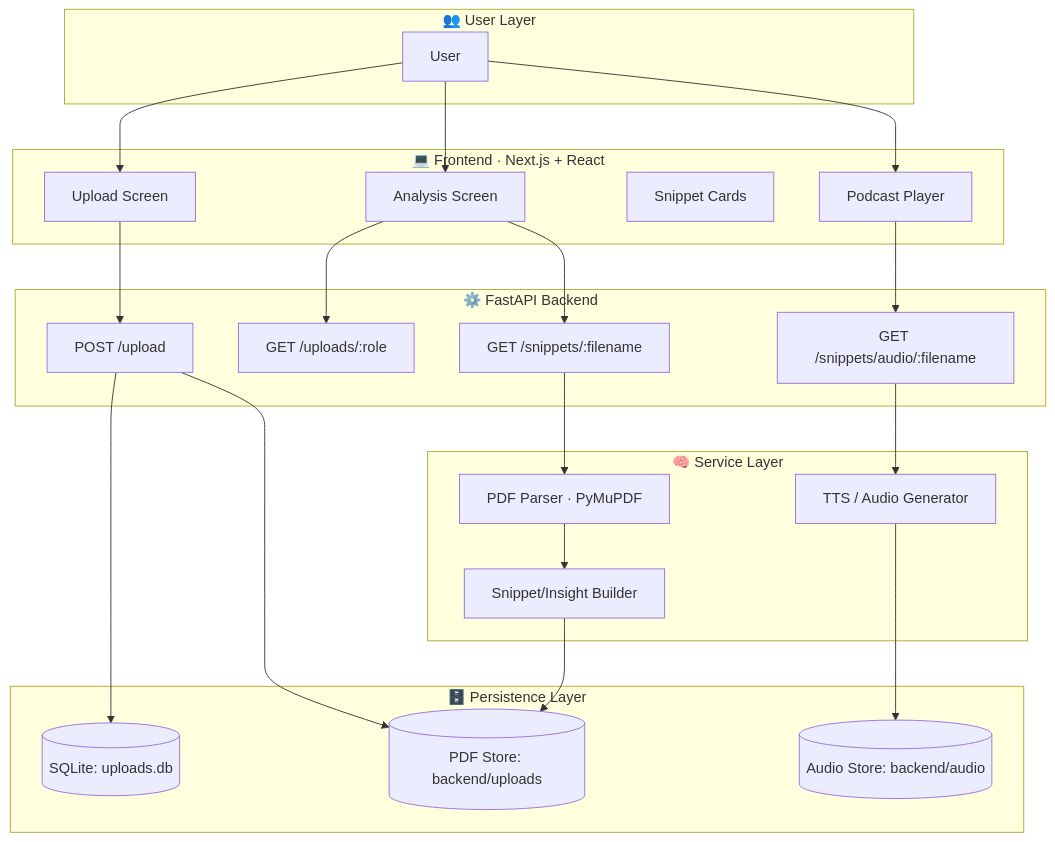
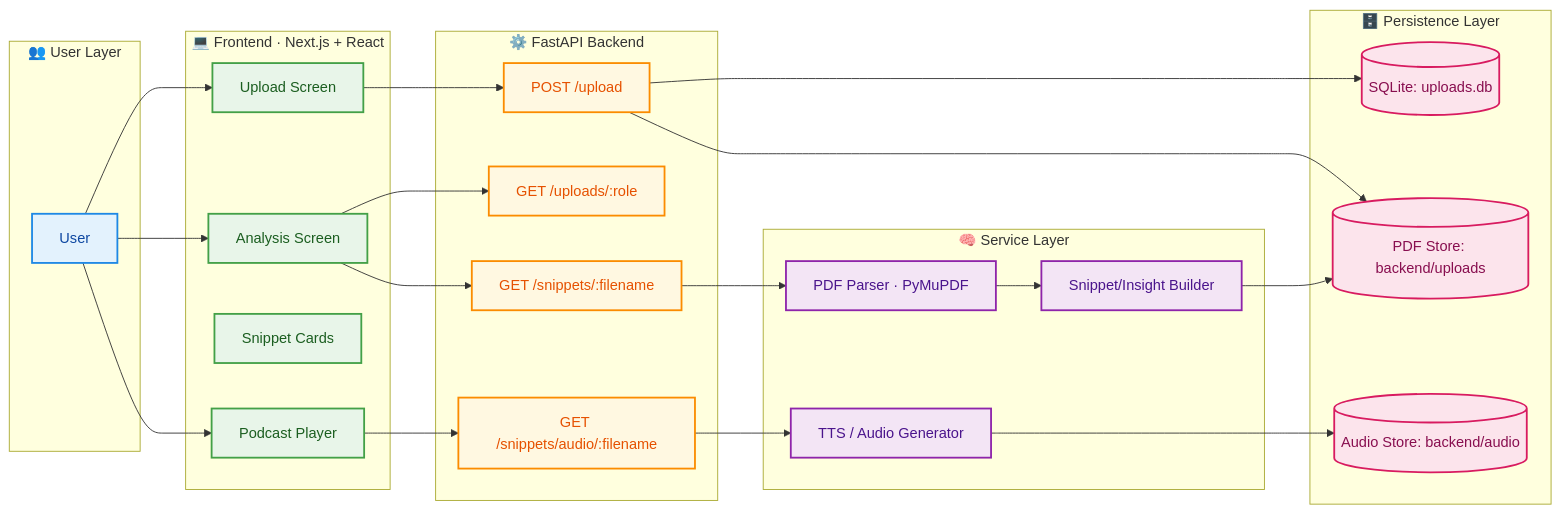
Before and after one commit to Ankitarai27/Adobe-Hackathon-2025: the second of 5 diagrams in README.md, drawn with Mermaid. The commit also changed other lines of this file, not shown here.

Commit message:
Enhance README diagrams with polished left-to-right styling

````diff
--- a/README.md
+++ b/README.md
@@ -67,46 +79,58 @@
 ```mermaid
-flowchart TB
+flowchart LR
     subgraph USER[👥 User Layer]
         U[User]
     end
 
     subgraph FE[💻 Frontend · Next.js + React]
         FE1[Upload Screen]
         FE2[Analysis Screen]
         FE3[Snippet Cards]
         FE4[Podcast Player]
     end
 
     subgraph API[⚙️ FastAPI Backend]
         A1[POST /upload]
         A2[GET /uploads/:role]
         A3[GET /snippets/:filename]
         A4[GET /snippets/audio/:filename]
     end
 
     subgraph SRV[🧠 Service Layer]
         S1[PDF Parser · PyMuPDF]
         S2[Snippet/Insight Builder]
         S3[TTS / Audio Generator]
     end
 
     subgraph STORE[🗄️ Persistence Layer]
         DB[(SQLite: uploads.db)]
         FS1[(PDF Store: backend/uploads)]
         FS2[(Audio Store: backend/audio)]
     end
 
     U --> FE1
     U --> FE2
     U --> FE4
 
     FE1 --> A1
     FE2 --> A2
     FE2 --> A3
     FE4 --> A4
 
     A1 --> DB
     A1 --> FS1
     A3 --> S1 --> S2 --> FS1
     A4 --> S3 --> FS2
+
+    classDef user fill:#E3F2FD,stroke:#1E88E5,color:#0D47A1,stroke-width:2px;
+    classDef frontend fill:#E8F5E9,stroke:#43A047,color:#1B5E20,stroke-width:2px;
+    classDef api fill:#FFF8E1,stroke:#FB8C00,color:#E65100,stroke-width:2px;
+    classDef service fill:#F3E5F5,stroke:#8E24AA,color:#4A148C,stroke-width:2px;
+    classDef store fill:#FCE4EC,stroke:#D81B60,color:#880E4F,stroke-width:2px;
+
+    class U user;
+    class FE1,FE2,FE3,FE4 frontend;
+    class A1,A2,A3,A4 api;
+    class S1,S2,S3 service;
+    class DB,FS1,FS2 store;
 ```
````
